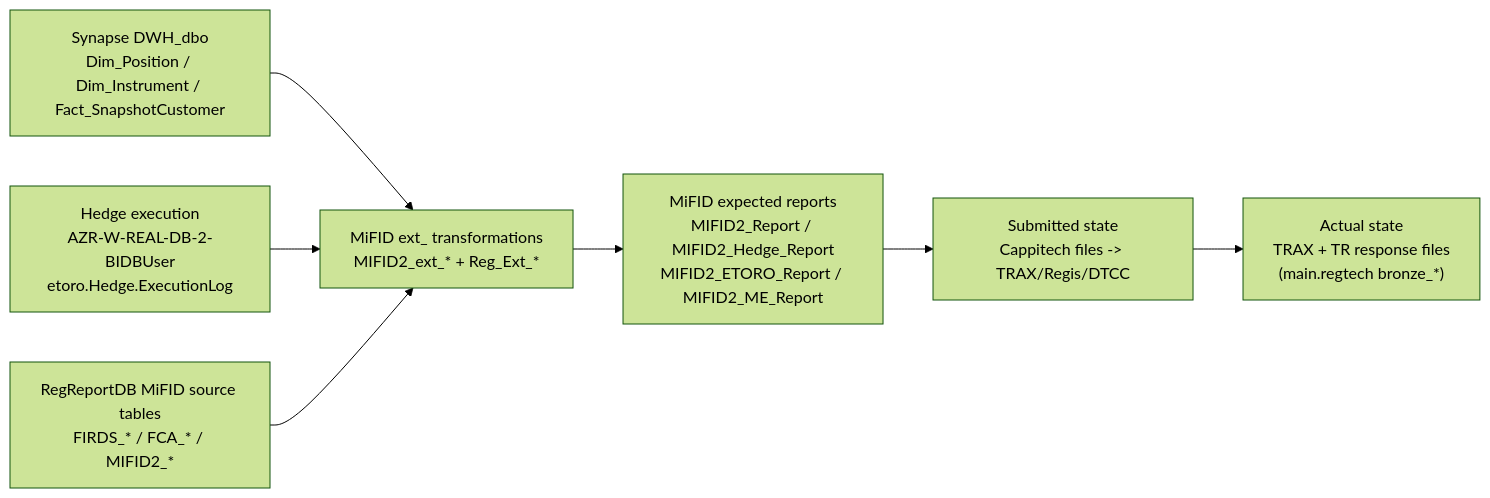
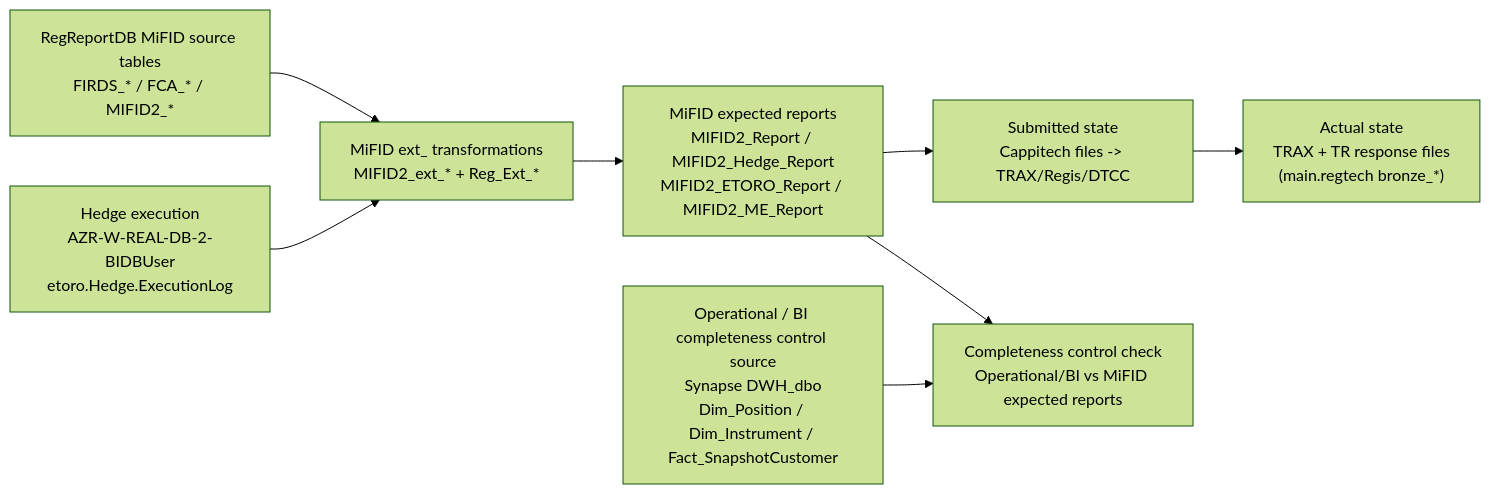
The diagram in docs/reporting-model-mifid-data-sources.mmd (valentinosko-hub/RegTech), drawn with Mermaid (forest theme) before and after one commit. The commit also changed 19 other files, not shown here.

```diff
--- a/docs/reporting-model-mifid-data-sources.mmd
+++ b/docs/reporting-model-mifid-data-sources.mmd
@@ -1,12 +1,14 @@
 flowchart LR
-  I1["Synapse DWH_dbo\nDim_Position / Dim_Instrument / Fact_SnapshotCustomer"]
-  I2["Hedge execution\nAZR-W-REAL-DB-2-BIDBUser\netoro.Hedge.ExecutionLog"]
-  I3["RegReportDB MiFID source tables\nFIRDS_* / FCA_* / MIFID2_*"]
-  I4["MiFID ext_ transformations\nMIFID2_ext_* + Reg_Ext_*"]
-  I5["MiFID expected reports\nMIFID2_Report / MIFID2_Hedge_Report\nMIFID2_ETORO_Report / MIFID2_ME_Report"]
-  I6["Submitted state\nCappitech files -> TRAX/Regis/DTCC"]
-  I7["Actual state\nTRAX + TR response files\n(main.regtech bronze_*)"]
+  I1["Operational / BI completeness control source<br/>Synapse DWH_dbo<br/>Dim_Position / Dim_Instrument / Fact_SnapshotCustomer"]
+  I2["Hedge execution<br/>AZR-W-REAL-DB-2-BIDBUser<br/>etoro.Hedge.ExecutionLog"]
+  I3["RegReportDB MiFID source tables<br/>FIRDS_* / FCA_* / MIFID2_*"]
+  I4["MiFID ext_ transformations<br/>MIFID2_ext_* + Reg_Ext_*"]
+  I5["MiFID expected reports<br/>MIFID2_Report / MIFID2_Hedge_Report<br/>MIFID2_ETORO_Report / MIFID2_ME_Report"]
+  I6["Submitted state<br/>Cappitech files -> TRAX/Regis/DTCC"]
+  I7["Actual state<br/>TRAX + TR response files<br/>(main.regtech bronze_*)"]
+  I8["Completeness control check<br/>Operational/BI vs MiFID expected reports"]
 
-  I1 --> I4
   I2 --> I4
   I3 --> I4 --> I5 --> I6 --> I7
+  I1 --> I8
+  I5 --> I8
```
